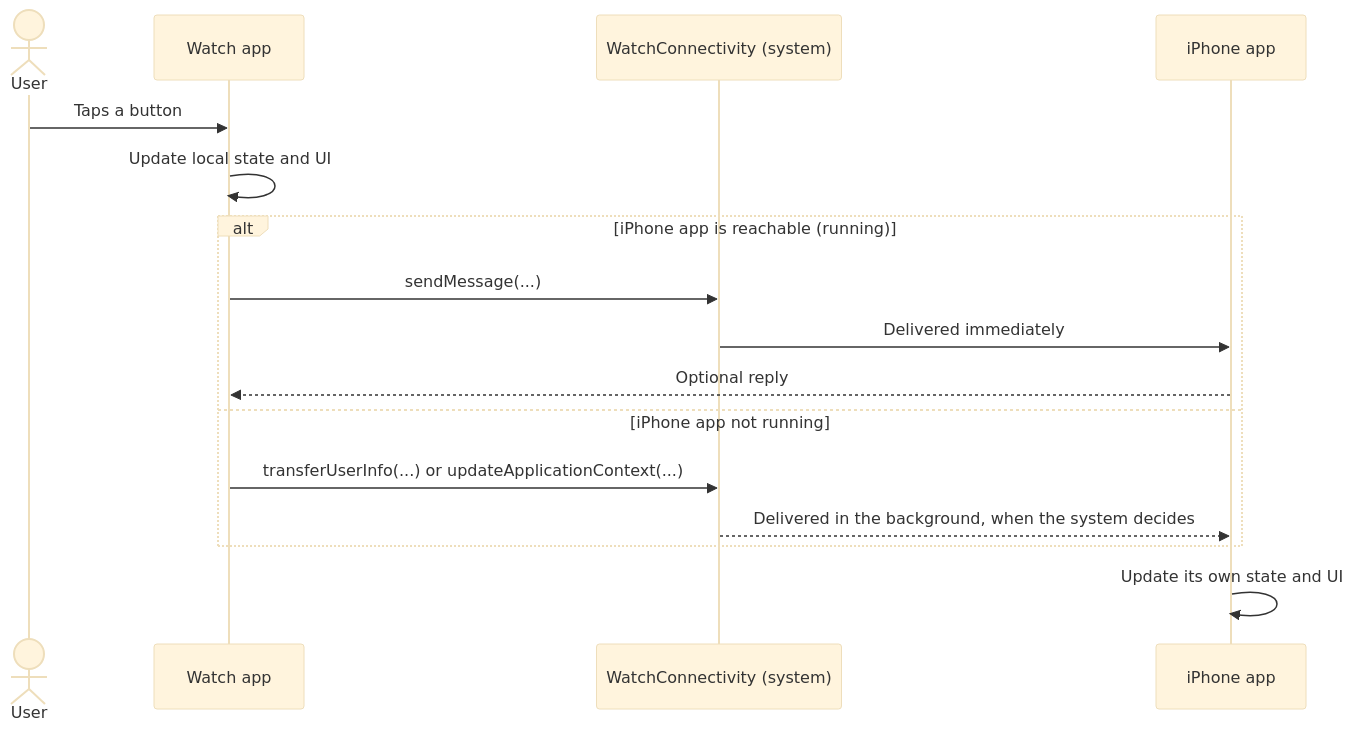
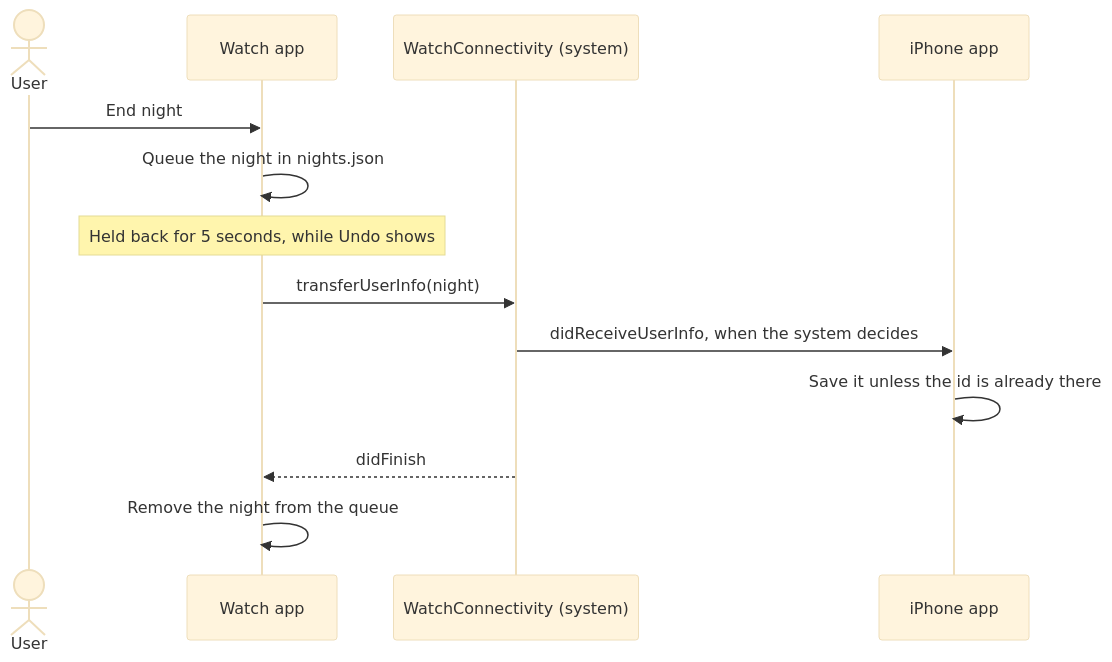
The third of 3 diagrams in docs/ARCHITECTURE.md (pablocolaiacovo/clinkr), drawn with Mermaid (base theme) before and after one commit. The commit also changed other lines of this file and 16 other files, not shown here.

First line of the commit message:
Send finished nights from the Watch to the iPhone

````diff
--- a/docs/ARCHITECTURE.md
+++ b/docs/ARCHITECTURE.md
@@ -77,21 +76,16 @@
 ```mermaid
 sequenceDiagram
     actor User
     participant W as Watch app
     participant WC as WatchConnectivity (system)
     participant P as iPhone app
 
-    User->>W: Taps a button
-    W->>W: Update local state and UI
-
-    alt iPhone app is reachable (running)
-        W->>WC: sendMessage(...)
-        WC->>P: Delivered immediately
-        P-->>W: Optional reply
-    else iPhone app not running
-        W->>WC: transferUserInfo(...) or updateApplicationContext(...)
-        WC-->>P: Delivered in the background, when the system decides
-    end
-
-    P->>P: Update its own state and UI
+    User->>W: End night
+    W->>W: Queue the night in nights.json
+    Note over W: Held back for 5 seconds, while Undo shows
+    W->>WC: transferUserInfo(night)
+    WC->>P: didReceiveUserInfo, when the system decides
+    P->>P: Save it unless the id is already there
+    WC-->>W: didFinish
+    W->>W: Remove the night from the queue
 ```
````
